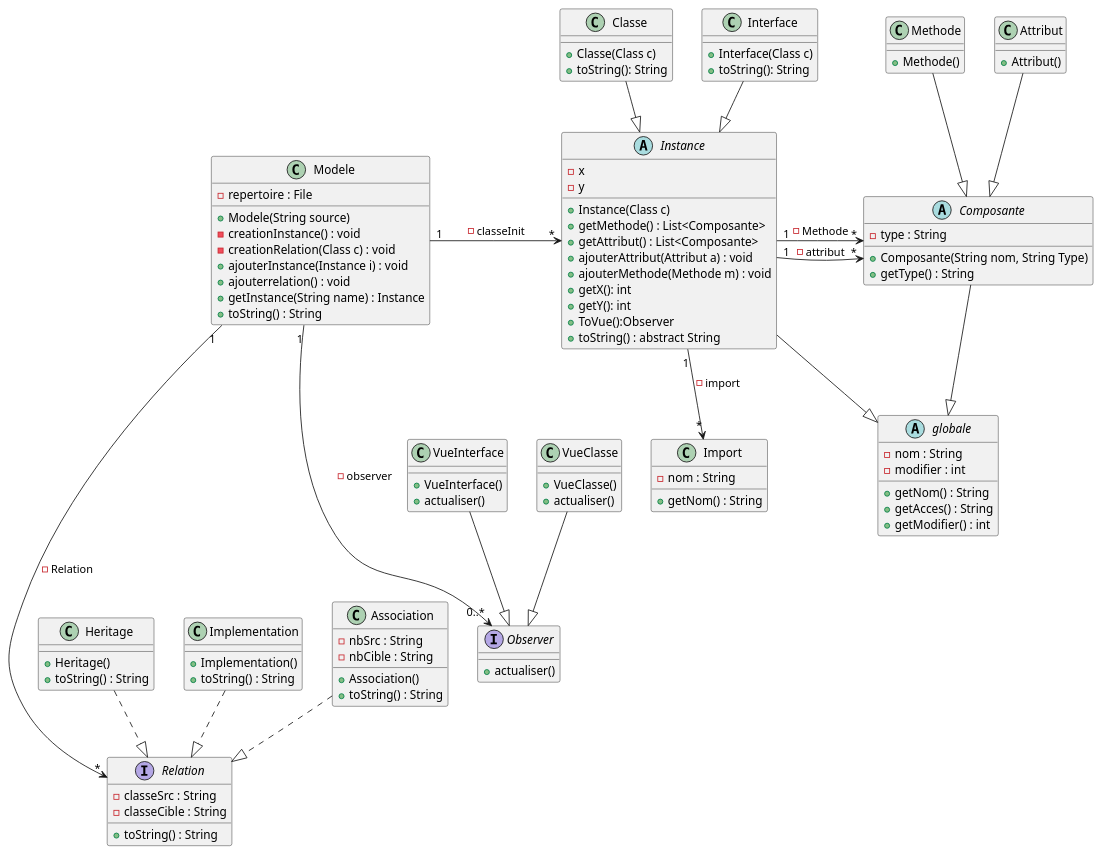
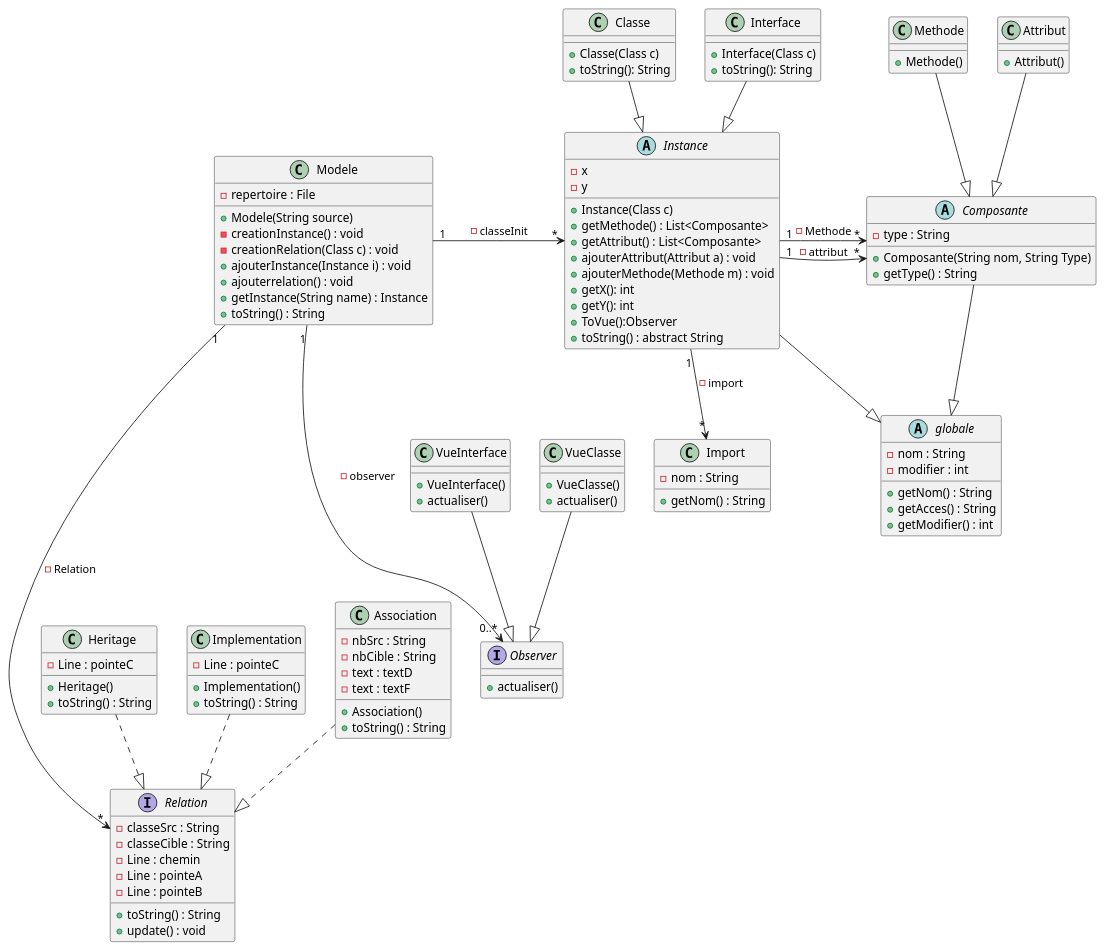
Before and after one commit to Cedran-Bastien/GENERATION-AUTOMATIQUE-DE-DIAGRAMME-DE-CLASSES: the diagram in demo/Conception/Sprint_2/Class_2.puml, drawn with PlantUML. The commit also changed 5 other files, not shown here.

Commit message:
Ajout de m'affichage des relation et de leur diagramme de sequence

```diff
--- a/demo/Conception/Sprint_2/Class_2.puml
+++ b/demo/Conception/Sprint_2/Class_2.puml
@@ -1,121 +1,129 @@
 @startuml
 'https://plantuml.com/sequence-diagram
 
 abstract Instance{
     - x
     - y
     +Instance(Class c)
     +getMethode() : List<Composante>
     +getAttribut() : List<Composante>
     +ajouterAttribut(Attribut a) : void
     +ajouterMethode(Methode m) : void
     +getX(): int
     +getY(): int
     +ToVue():Observer
     +toString() : abstract String
 }
 
 class Classe{
     +Classe(Class c)
     +toString(): String
 }
 
 class Interface{
     +Interface(Class c)
     +toString(): String
 }
 
 abstract Composante{
     -type : String
     +Composante(String nom, String Type)
     +getType() : String
 
 }
 
 class Methode{
     +Methode()
 }
 
 class Attribut{
     +Attribut()
 }
 
 class Import{
     -nom : String
     +getNom() : String
 }
 
 class Modele{
     -repertoire : File
     +Modele(String source)
     -creationInstance() : void
     -creationRelation(Class c) : void
     +ajouterInstance(Instance i) : void
     +ajouterrelation() : void
     +getInstance(String name) : Instance
     +toString() : String
 }
 
 interface Relation{
     -classeSrc : String
     -classeCible : String
+    -Line : chemin
+    -Line : pointeA
+    -Line : pointeB
     +toString() : String
+    +update() : void
 }
 
 class Heritage{
+    -Line : pointeC
     +Heritage()
     +toString() : String
 }
 
 class Implementation{
+    -Line : pointeC
     +Implementation()
     +toString() : String
 }
 
 class Association {
     -nbSrc : String
     -nbCible : String
+    -text : textD
+    -text : textF
     +Association()
     +toString() : String
 }
 
 abstract globale{
     -nom : String
     -modifier : int
     +getNom() : String
     +getAcces() : String
     +getModifier() : int
 }
 
 interface Observer{
     +actualiser()
 }
 
 class VueInterface{
     +VueInterface()
     +actualiser()
 }
 
 class VueClasse{
     +VueClasse()
     +actualiser()
 }
 
 VueClasse --|> Observer
 VueInterface --|> Observer
 Modele "1" ---> "0..*" Observer : -observer
 Instance--|>globale
 Composante--|>globale
 Modele "1" -> "*" Instance  : -classeInit
 Instance "1" -> "*" Composante : -attribut
 Instance "1" -> "*" Composante : -Methode
 Instance "1" --> "*" Import : -import
 Classe --|> Instance
 Interface --|> Instance
 Methode --|> Composante
 Attribut --|> Composante
 Modele "1" ----> "*"  Relation : -Relation
 Association ..|> Relation
 Heritage ..|> Relation
 Implementation ..|> Relation
 @enduml
```
